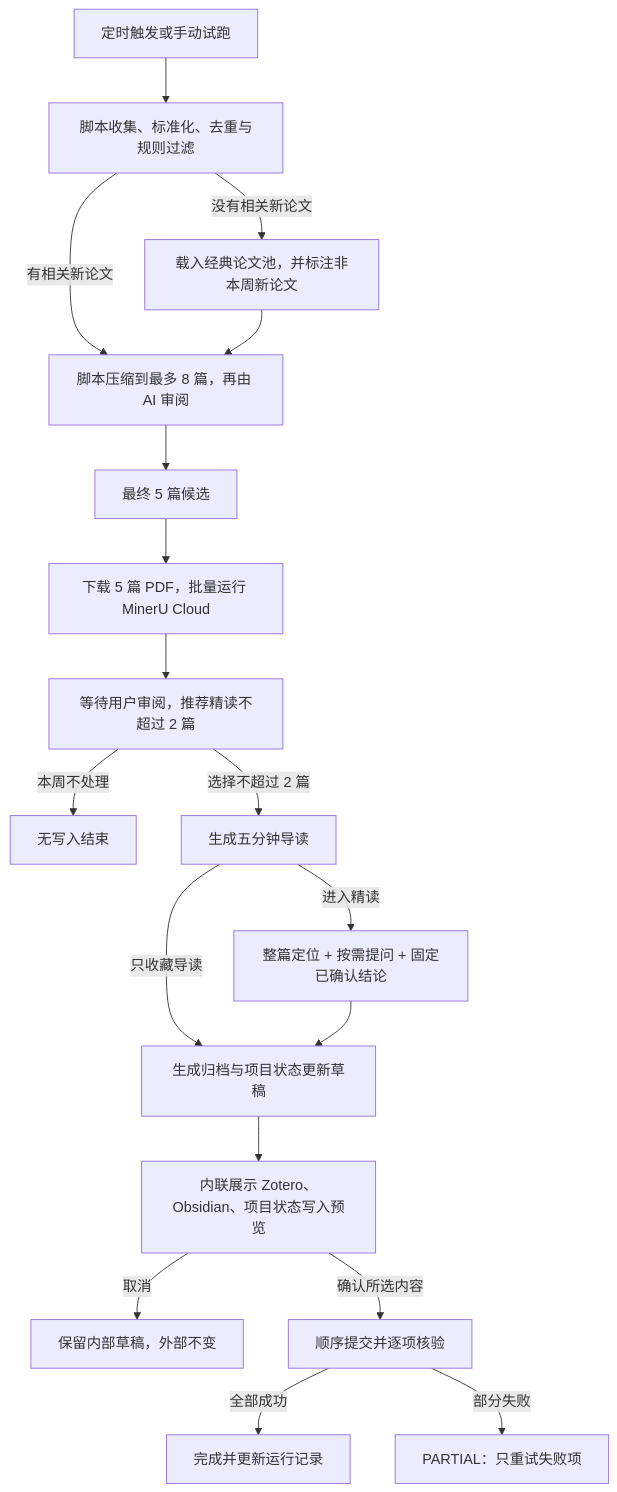
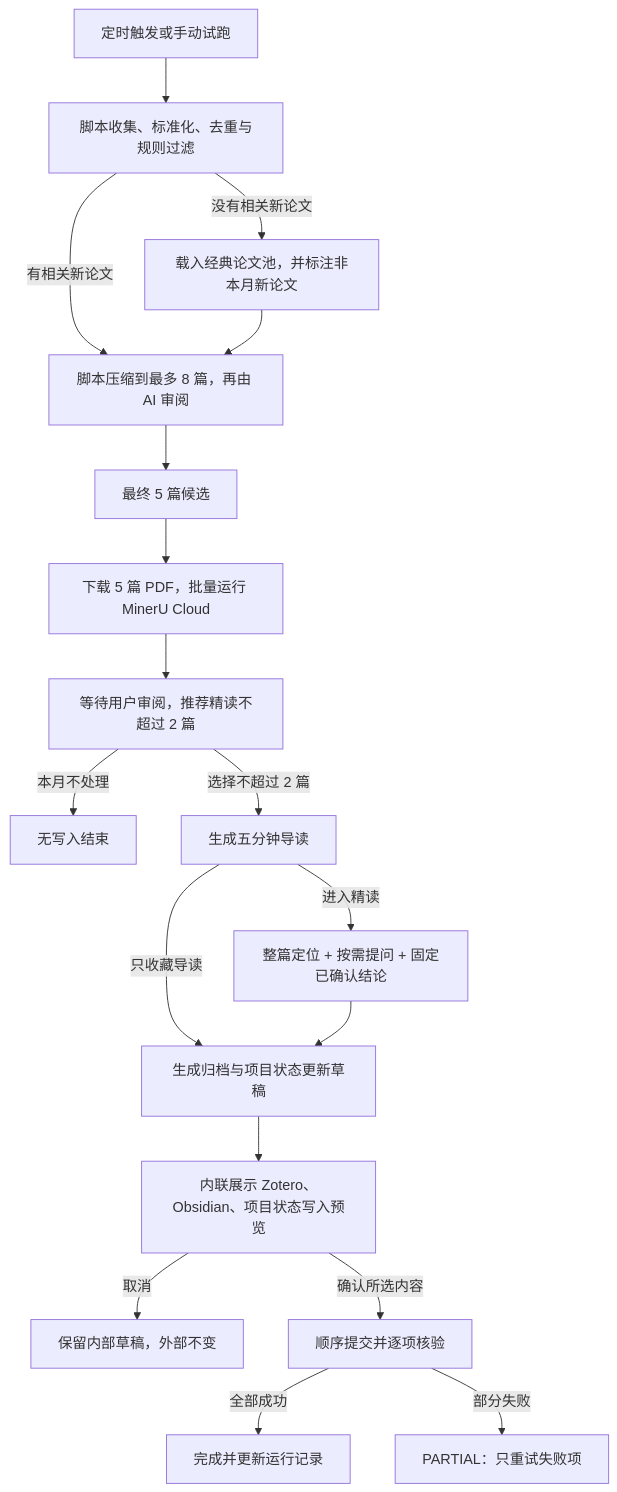
Before and after one commit to yuzhou4t/pi: the diagram in docs/v1-journal-reading-workflow.md, drawn with Mermaid. The commit also changed other lines of this file and 41 other files, not shown here.

````diff
--- a/docs/v1-journal-reading-workflow.md
+++ b/docs/v1-journal-reading-workflow.md
@@ -97,20 +97,20 @@
 ```mermaid
 flowchart TD
   A["定时触发或手动试跑"] --> B["脚本收集、标准化、去重与规则过滤"]
   B -->|"有相关新论文"| C["脚本压缩到最多 8 篇，再由 AI 审阅"]
-  B -->|"没有相关新论文"| N["载入经典论文池，并标注非本周新论文"]
+  B -->|"没有相关新论文"| N["载入经典论文池，并标注非本月新论文"]
   N --> C
   C --> D["最终 5 篇候选"]
   D --> E["下载 5 篇 PDF，批量运行 MinerU Cloud"]
   E --> R["等待用户审阅，推荐精读不超过 2 篇"]
-  R -->|"本周不处理"| X["无写入结束"]
+  R -->|"本月不处理"| X["无写入结束"]
   R -->|"选择不超过 2 篇"| F["生成五分钟导读"]
   F -->|"只收藏导读"| H["生成归档与项目状态更新草稿"]
   F -->|"进入精读"| G["整篇定位 + 按需提问 + 固定已确认结论"]
   G --> H
   H --> I["内联展示 Zotero、Obsidian、项目状态写入预览"]
   I -->|"取消"| P["保留内部草稿，外部不变"]
   I -->|"确认所选内容"| J["顺序提交并逐项核验"]
   J -->|"全部成功"| K["完成并更新运行记录"]
   J -->|"部分失败"| L["PARTIAL：只重试失败项"]
 ```
````
